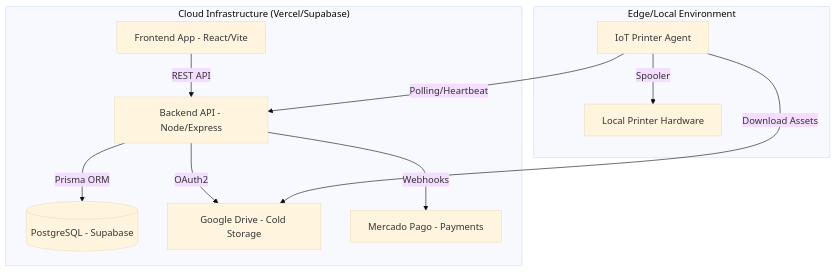
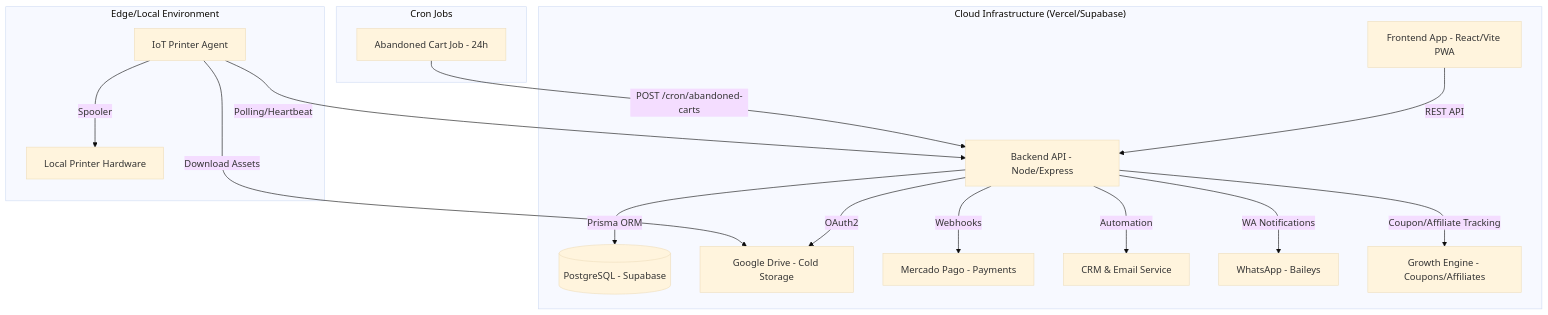
Before and after one commit to entrelenteselugares/FS: the diagram in docs/ARCHITECTURE.md, drawn with Mermaid (base theme). The commit also changed other lines of this file and 196 other files, not shown here.

````diff
--- a/docs/ARCHITECTURE.md
+++ b/docs/ARCHITECTURE.md
@@ -65,23 +99,34 @@
 ```mermaid
 graph TD
     subgraph "Cloud Infrastructure (Vercel/Supabase)"
-        A[Frontend App - React/Vite]
+        A[Frontend App - React/Vite PWA]
         B[Backend API - Node/Express]
         C[(PostgreSQL - Supabase)]
         D[Google Drive - Cold Storage]
         E[Mercado Pago - Payments]
+        H[CRM & Email Service]
+        I[WhatsApp - Baileys]
+        J[Growth Engine - Coupons/Affiliates]
     end
 
     subgraph "Edge/Local Environment"
         F[IoT Printer Agent]
         G[Local Printer Hardware]
     end
 
+    subgraph "Cron Jobs"
+        K[Abandoned Cart Job - 24h]
+    end
+
     A -- REST API --> B
     B -- Prisma ORM --> C
     B -- OAuth2 --> D
     B -- Webhooks --> E
+    B -- Automation --> H
+    B -- WA Notifications --> I
+    B -- Coupon/Affiliate Tracking --> J
     F -- Polling/Heartbeat --> B
     F -- Download Assets --> D
     F -- Spooler --> G
+    K -- POST /cron/abandoned-carts --> B
 ```
````
